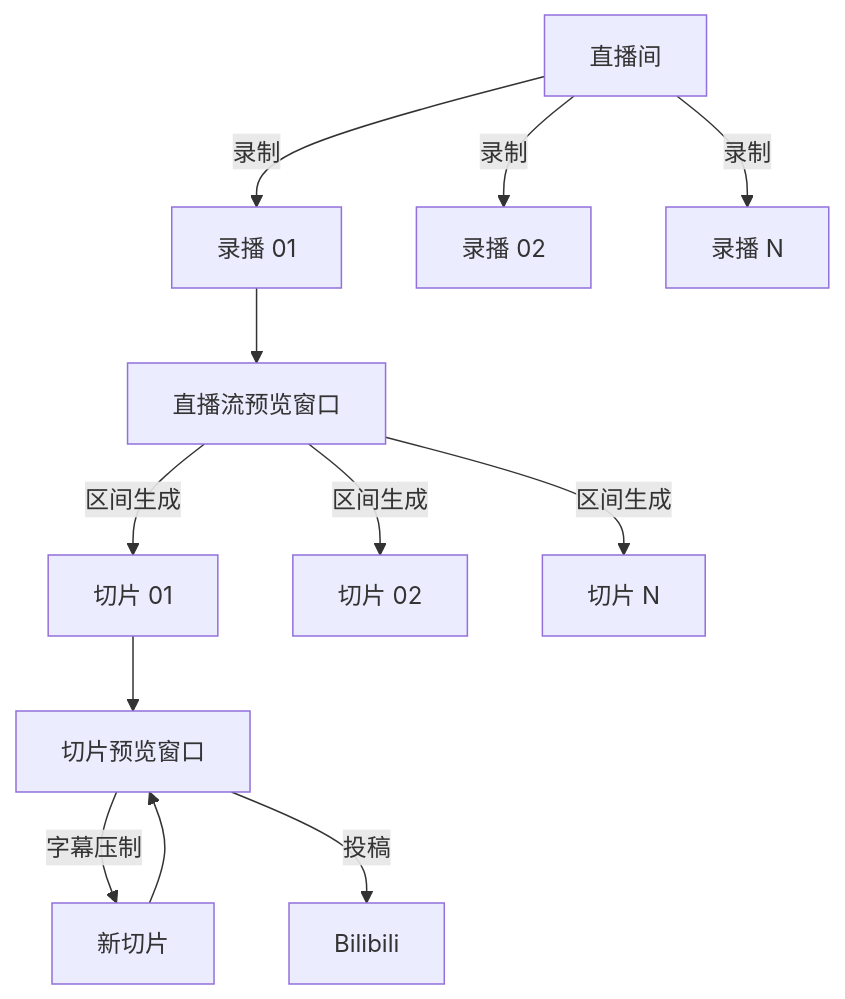
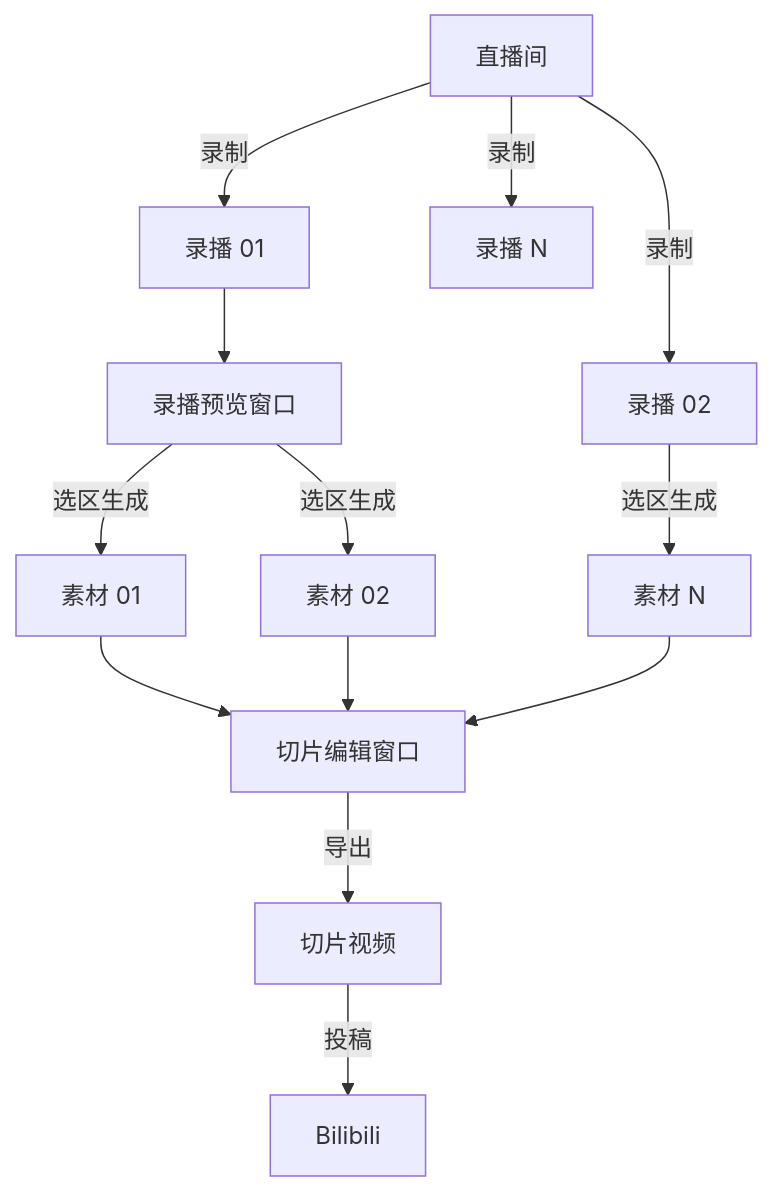
Before and after one commit to Xinrea/bili-shadowreplay: the diagram in docs/usage/features/workflow.md, drawn with Mermaid. The commit also changed other lines of this file and 31 other files, not shown here.

````diff
--- a/docs/usage/features/workflow.md
+++ b/docs/usage/features/workflow.md
@@ -10,21 +11,20 @@
 ```mermaid
 flowchart TD
     A[直播间] -->|录制| B[录播 01]
     A -->|录制| C[录播 02]
     A -->|录制| E[录播 N]
 
-    B --> F[直播流预览窗口]
+    B --> F[录播预览窗口]
 
-    F -->|区间生成| G[切片 01]
-    F -->|区间生成| H[切片 02]
-    F -->|区间生成| I[切片 N]
+    F -->|选区生成| G[素材 01]
+    F -->|选区生成| H[素材 02]
+    C -->|选区生成| I[素材 N]
 
-    G --> J[切片预览窗口]
+    G --> J[切片编辑窗口]
+    H --> J
+    I --> J
 
-    J -->|字幕压制| K[新切片]
+    J -->|导出| K[切片视频]
 
-    K --> J
-
-    J -->|投稿| L[Bilibili]
-
+    K -->|投稿| L[Bilibili]
 ```
````
